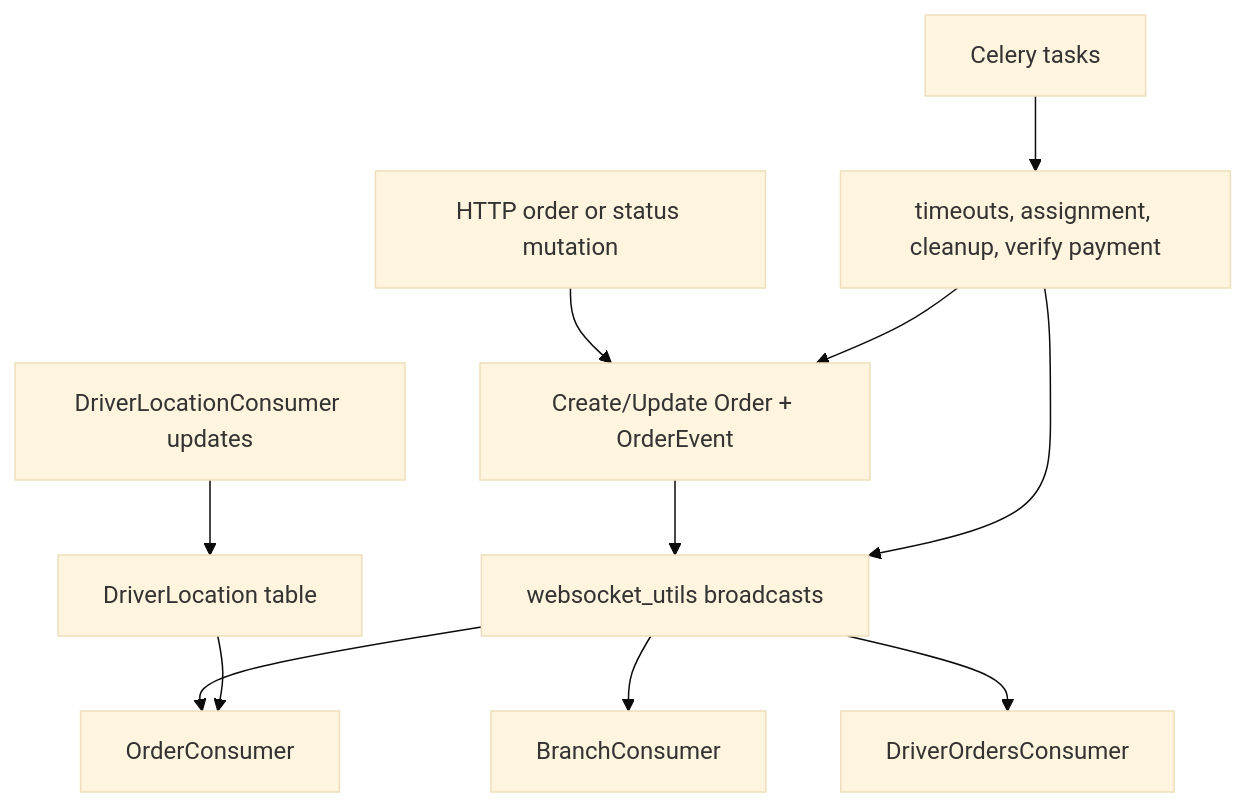
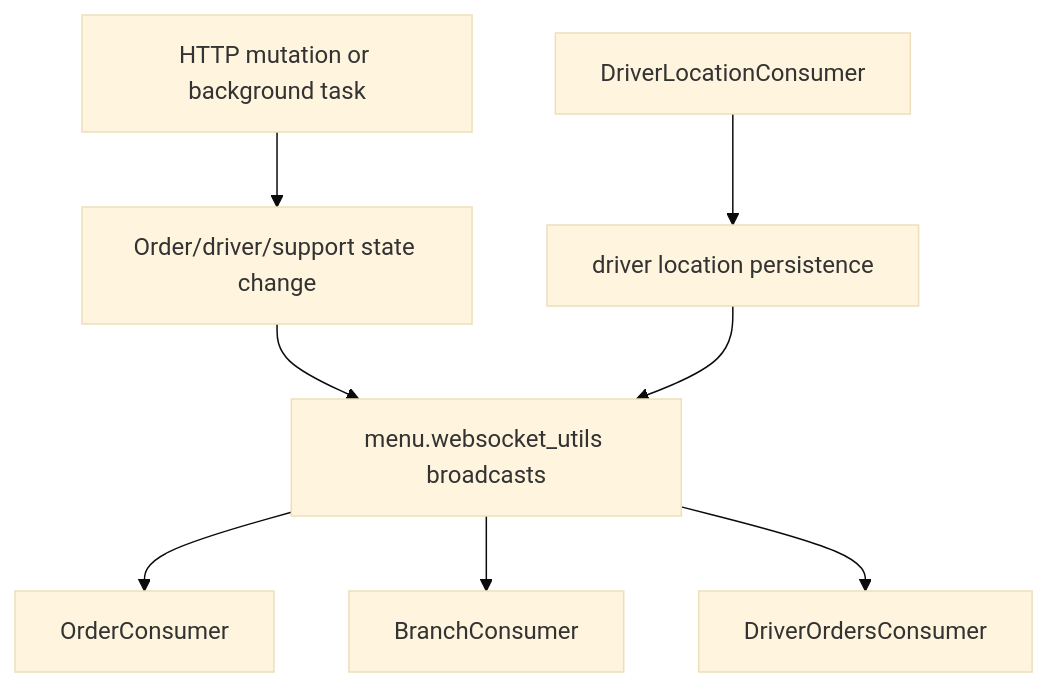
Before and after one commit to phanstudio/ovena-backend: the sixth of 7 diagrams in ARCHITECTURE_BLUEPRINT.md, drawn with Mermaid (base theme). The commit also changed other lines of this file and 27 other files, not shown here.

````diff
--- a/ARCHITECTURE_BLUEPRINT.md
+++ b/ARCHITECTURE_BLUEPRINT.md
@@ -313,13 +421,10 @@
 ```mermaid
 flowchart TD
-    A[HTTP order or status mutation] --> B[Create/Update Order + OrderEvent]
-    B --> C[websocket_utils broadcasts]
+    A[HTTP mutation or background task] --> B[Order/driver/support state change]
+    B --> C[menu.websocket_utils broadcasts]
     C --> D[OrderConsumer]
     C --> E[BranchConsumer]
     C --> F[DriverOrdersConsumer]
-    G[DriverLocationConsumer updates] --> H[DriverLocation table]
-    H --> D
-    I[Celery tasks] --> J[timeouts, assignment, cleanup, verify payment]
-    J --> B
-    J --> C
+    G[DriverLocationConsumer] --> H[driver location persistence]
+    H --> C
 ```
````
